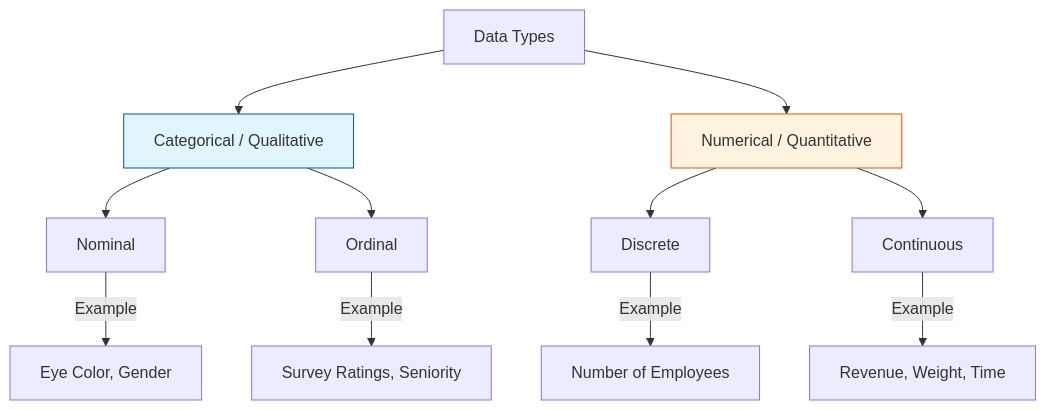
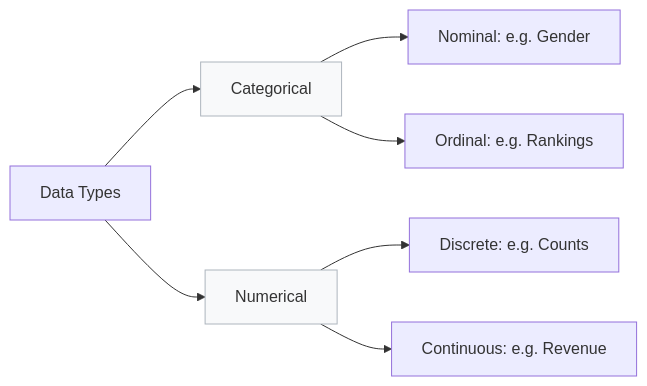
One commit to susanavenda/data_cambridge changed the third of 11 diagrams in README.md. Above: the diagram before and after it, drawn with Mermaid. The commit also changed other lines of this file, not shown here.

````diff
--- a/README.md
+++ b/README.md
@@ -85,16 +55,12 @@
 ```mermaid
-graph TD
-    Data[Data Types] --> Cat[Categorical / Qualitative]
-    Data --> Num[Numerical / Quantitative]
-    Cat --> Nom[Nominal]
-    Nom -- Example --> Eye[Eye Color, Gender]
-    Cat --> Ord[Ordinal]
-    Ord -- Example --> Rank[Survey Ratings, Seniority]
-    Num --> Disc[Discrete]
-    Disc -- Example --> Count[Number of Employees]
-    Num --> Cont[Continuous]
-    Cont -- Example --> Meas[Revenue, Weight, Time]
-    style Cat fill:#e1f5fe,stroke:#01579b
-    style Num fill:#fff3e0,stroke:#e65100
+graph LR
+    Data[Data Types] --> Cat[Categorical]
+    Data --> Num[Numerical]
+    Cat --> Nom[Nominal: e.g. Gender]
+    Cat --> Ord[Ordinal: e.g. Rankings]
+    Num --> Disc[Discrete: e.g. Counts]
+    Num --> Cont[Continuous: e.g. Revenue]
+    style Cat fill:#f8f9fa,stroke:#adb5bd
+    style Num fill:#f8f9fa,stroke:#adb5bd
 
 ```
````
